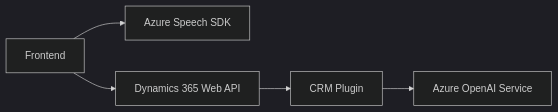
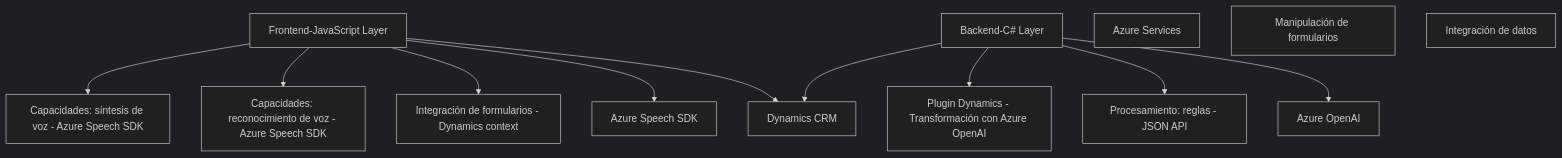
The diagram in README.md (blopezdm/NETCORE_BILBAO2025), drawn with Mermaid (dark theme) before and after one commit. The commit also changed other lines of this file, not shown here.

Commit message:
Actualizar análisis global de la solución con IA

````diff
--- a/README.md
+++ b/README.md
@@ -38,7 +38,30 @@
 ```mermaid
-graph LR
-    A["Frontend"] --> B["Azure Speech SDK"]
-    A --> C["Dynamics 365 Web API"]
-    C --> D["CRM Plugin"]
-    D --> E["Azure OpenAI Service"]
+graph TD
+    A["Frontend-JavaScript Layer"]
+    A1["Capacidades: síntesis de voz - Azure Speech SDK"]
+    A2["Capacidades: reconocimiento de voz - Azure Speech SDK"]
+    A3["Integración de formularios - Dynamics context"]
+
+    B["Backend-C# Layer"]
+    B1["Plugin Dynamics - Transformación con Azure OpenAI"]
+    B2["Procesamiento: reglas - JSON API"]
+
+    C["Azure Services"]
+    C1["Azure Speech SDK"]
+    C2["Azure OpenAI"]
+
+    D["Dynamics CRM"]
+    D1["Manipulación de formularios"]
+    D2["Integración de datos"]
+
+    A --> A1
+    A --> A2
+    A --> A3
+    A --> C1
+    A --> D
+
+    B --> B1
+    B --> B2
+    B --> C2
+    B --> D
 ```
````
